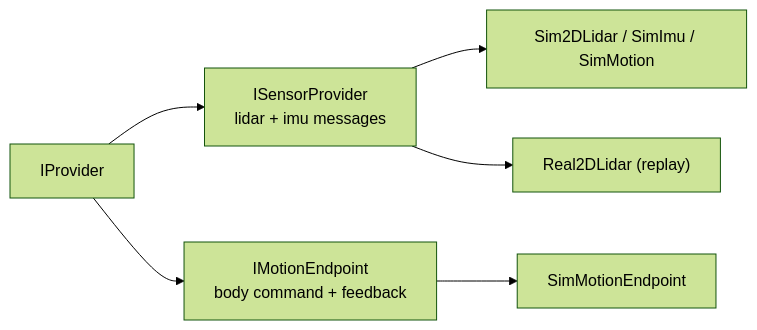
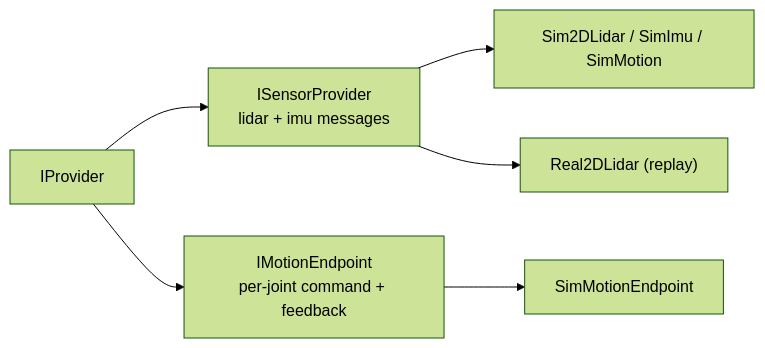
The second of 2 diagrams in docs/interfaces.md (Robin-1978/lost-signal), drawn with Mermaid (forest theme) before and after one commit. The commit also changed other lines of this file and 9 other files, not shown here.

````diff
--- a/docs/interfaces.md
+++ b/docs/interfaces.md
@@ -53,8 +55,8 @@
 ```mermaid
 flowchart LR
   IP["IProvider"] --> SP["ISensorProvider<T><br/>lidar + imu messages"]
-  IP --> ME["IMotionEndpoint<br/>body command + feedback"]
+  IP --> ME["IMotionEndpoint<br/>per-joint command + feedback"]
   SP --> S2D["Sim2DLidar / SimImu / SimMotion"]
   SP --> R2D["Real2DLidar (replay)"]
   ME --> SM["SimMotionEndpoint"]
 ```
````
